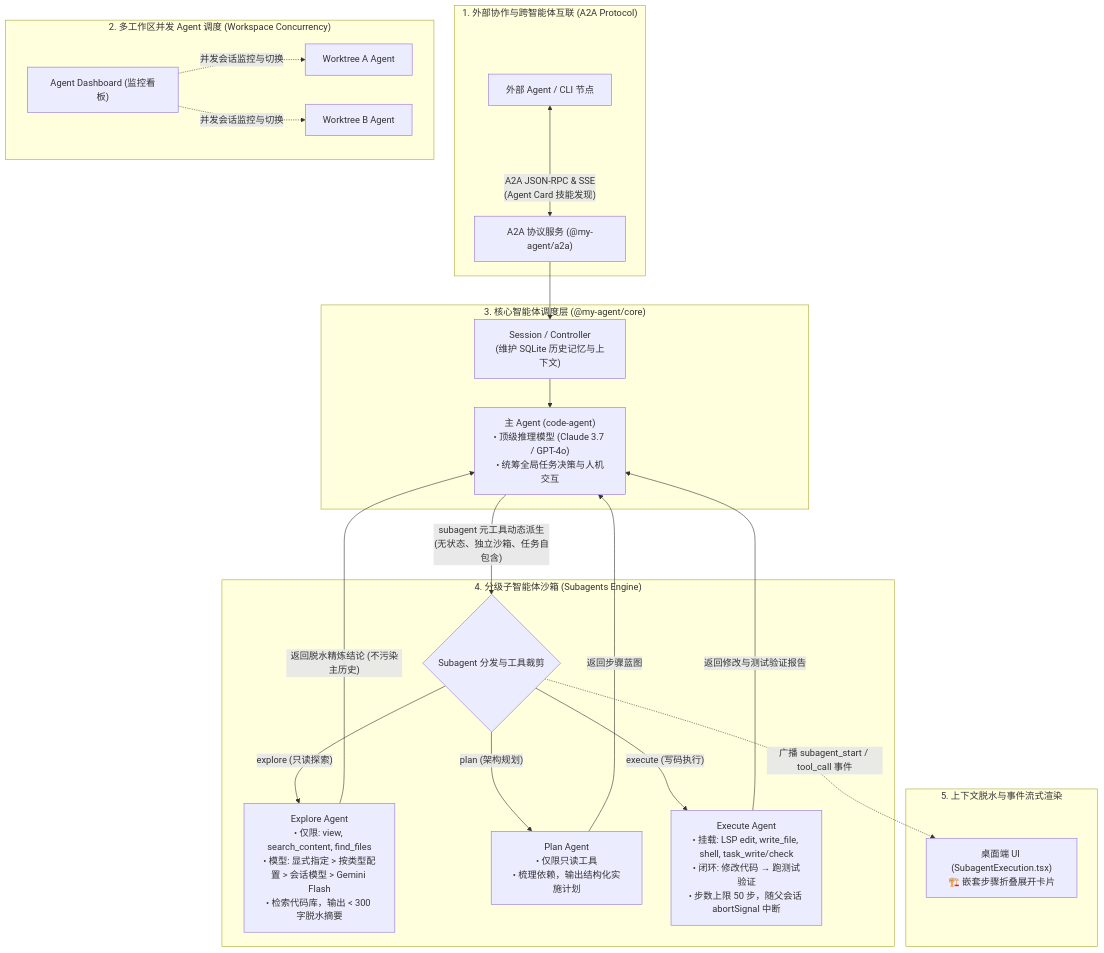
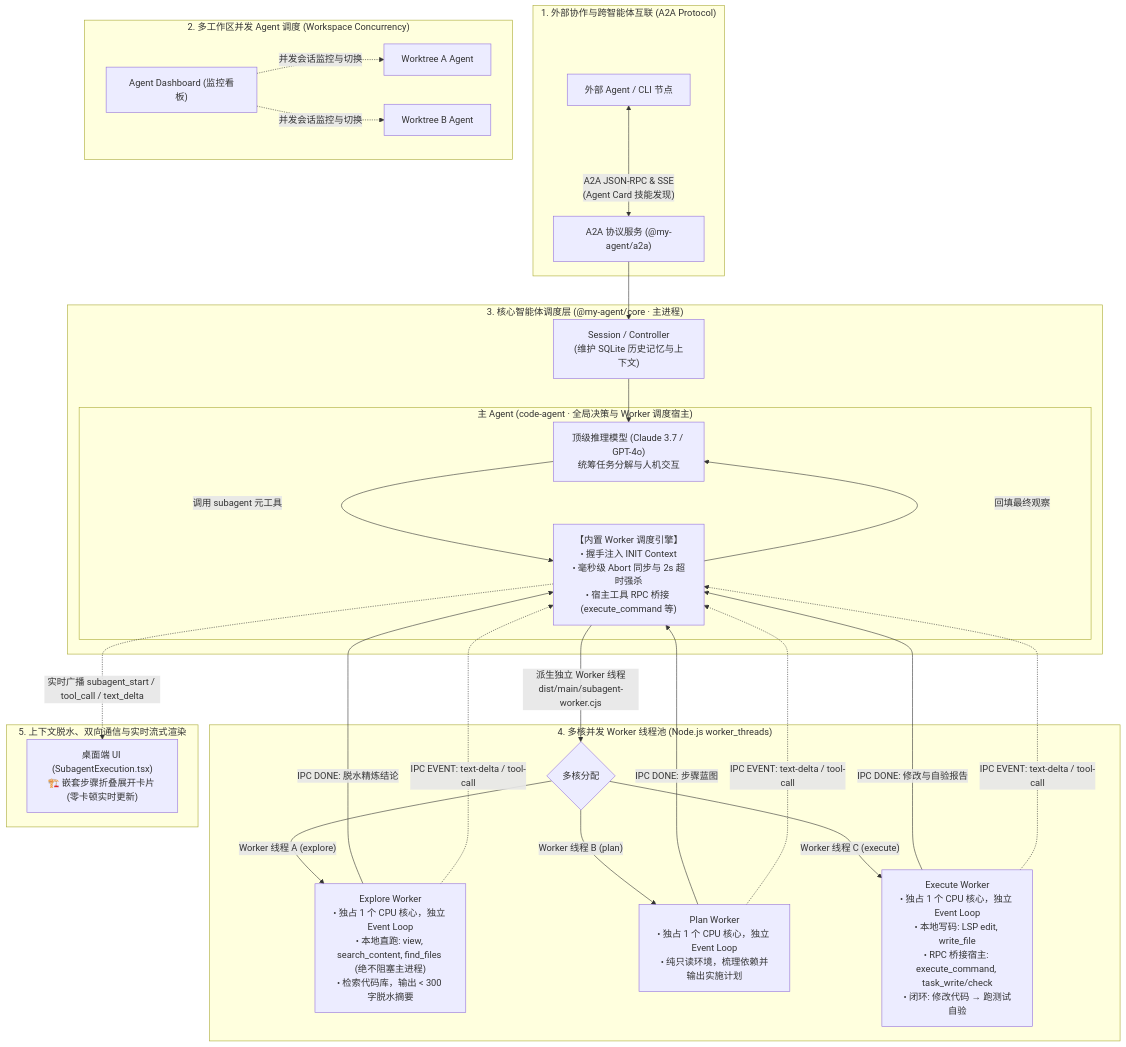
One commit to kidyfirst/my-agent changed the third of 8 diagrams in README.md. Above: the diagram before and after it, drawn with Mermaid. The commit also changed other lines of this file and 16 other files, not shown here.

First line of the commit message:
feat(subagent): migrate subagent execution to multi-core worker thread model

````diff
--- a/README.md
+++ b/README.md
@@ -624,34 +624,45 @@
 ```mermaid
 flowchart TD
     subgraph ExternalAgents ["1. 外部协作与跨智能体互联 (A2A Protocol)"]
         RemoteAgent["外部 Agent / CLI 节点"] <-->|"A2A JSON-RPC & SSE<br/>(Agent Card 技能发现)"| A2AServer["A2A 协议服务 (@my-agent/a2a)"]
     end
 
     subgraph MultiWorktree ["2. 多工作区并发 Agent 调度 (Workspace Concurrency)"]
         Dashboard["Agent Dashboard (监控看板)"] -.->|"并发会话监控与切换"| MainSessionA["Worktree A Agent"]
         Dashboard -.->|"并发会话监控与切换"| MainSessionB["Worktree B Agent"]
     end
 
-    subgraph Host ["3. 核心智能体调度层 (@my-agent/core)"]
+    subgraph Host ["3. 核心智能体调度层 (@my-agent/core · 主进程)"]
         Session["Session / Controller<br/>(维护 SQLite 历史记忆与上下文)"]
-        ParentAgent["主 Agent (code-agent)<br/>• 顶级推理模型 (Claude 3.7 / GPT-4o)<br/>• 统筹全局任务决策与人机交互"]
+
+        subgraph MainAgentBox ["主 Agent (code-agent · 全局决策与 Worker 调度宿主)"]
+            ParentAgent["顶级推理模型 (Claude 3.7 / GPT-4o)<br/>统筹任务分解与人机交互"]
+            WorkerEngine["【内置 Worker 调度引擎】<br/>• 握手注入 INIT Context<br/>• 毫秒级 Abort 同步与 2s 超时强杀<br/>• 宿主工具 RPC 桥接 (execute_command 等)"]
+            ParentAgent -->|"调用 subagent 元工具"| WorkerEngine
+        end
+
         Session --> ParentAgent
         A2AServer --> Session
     end
 
-    subgraph SubagentSandbox ["4. 分级子智能体沙箱 (Subagents Engine)"]
-        ParentAgent -->|"subagent 元工具动态派生<br/>(无状态、独立沙箱、任务自包含)"| SubagentRouter{"Subagent 分发与工具裁剪"}
+    subgraph SubagentSandbox ["4. 多核并发 Worker 线程池 (Node.js worker_threads)"]
+        WorkerEngine -->|"派生独立 Worker 线程<br/>dist/main/subagent-worker.cjs"| WorkerThreadPool{"多核分配"}
 
-        SubagentRouter -->|"explore (只读探索)"| ExploreAgent["Explore Agent<br/>• 仅限: view, search_content, find_files<br/>• 模型: 显式指定 > 按类型配置 > 会话模型 > Gemini Flash<br/>• 检索代码库，输出 < 300 字脱水摘要"]
-        SubagentRouter -->|"plan (架构规划)"| PlanAgent["Plan Agent<br/>• 仅限只读工具<br/>• 梳理依赖，输出结构化实施计划"]
-        SubagentRouter -->|"execute (写码执行)"| ExecuteAgent["Execute Agent<br/>• 挂载: LSP edit, write_file, shell, task_write/check<br/>• 闭环: 修改代码 → 跑测试验证<br/>• 步数上限 50 步，随父会话 abortSignal 中断"]
+        WorkerThreadPool -->|"Worker 线程 A (explore)"| ExploreAgent["Explore Worker<br/>• 独占 1 个 CPU 核心，独立 Event Loop<br/>• 本地直跑: view, search_content, find_files (绝不阻塞主进程)<br/>• 检索代码库，输出 < 300 字脱水摘要"]
+        WorkerThreadPool -->|"Worker 线程 B (plan)"| PlanAgent["Plan Worker<br/>• 独占 1 个 CPU 核心，独立 Event Loop<br/>• 纯只读环境，梳理依赖并输出实施计划"]
+        WorkerThreadPool -->|"Worker 线程 C (execute)"| ExecuteAgent["Execute Worker<br/>• 独占 1 个 CPU 核心，独立 Event Loop<br/>• 本地写码: LSP edit, write_file<br/>• RPC 桥接宿主: execute_command, task_write/check<br/>• 闭环: 修改代码 → 跑测试自验"]
     end
 
-    subgraph Feedback ["5. 上下文脱水与事件流式渲染"]
-        ExploreAgent -->|"返回脱水精炼结论 (不污染主历史)"| ParentAgent
-        PlanAgent -->|"返回步骤蓝图"| ParentAgent
-        ExecuteAgent -->|"返回修改与测试验证报告"| ParentAgent
+    subgraph Feedback ["5. 上下文脱水、双向通信与实时流式渲染"]
+        ExploreAgent -->|"IPC DONE: 脱水精炼结论"| WorkerEngine
+        PlanAgent -->|"IPC DONE: 步骤蓝图"| WorkerEngine
+        ExecuteAgent -->|"IPC DONE: 修改与自验报告"| WorkerEngine
+        WorkerEngine -->|"回填最终观察"| ParentAgent
 
-        SubagentRouter -.->|"广播 subagent_start / tool_call 事件"| UIComponent["桌面端 UI (SubagentExecution.tsx)<br/>🏗️ 嵌套步骤折叠展开卡片"]
+        ExploreAgent -.->|"IPC EVENT: text-delta / tool-call"| WorkerEngine
+        PlanAgent -.->|"IPC EVENT: text-delta / tool-call"| WorkerEngine
+        ExecuteAgent -.->|"IPC EVENT: text-delta / tool-call"| WorkerEngine
+
+        WorkerEngine -.->|"实时广播 subagent_start / tool_call / text_delta"| UIComponent["桌面端 UI (SubagentExecution.tsx)<br/>🏗️ 嵌套步骤折叠展开卡片 (零卡顿实时更新)"]
     end
 ```
````
